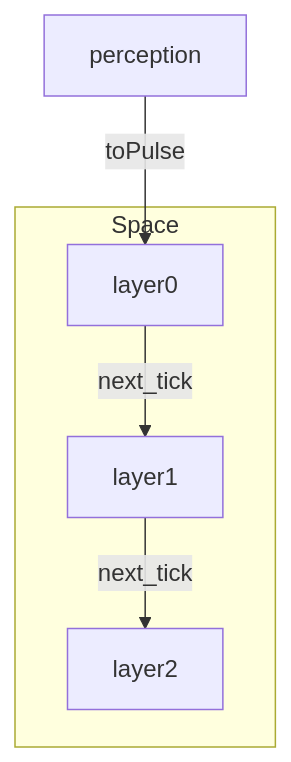
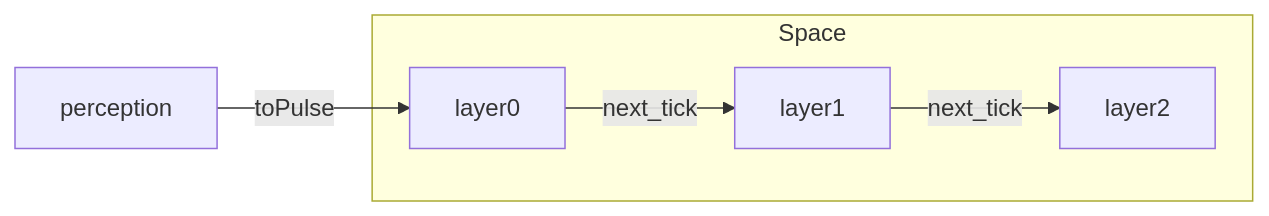
Before and after one commit to GES233/Glowworm: the first of 2 diagrams in example/agent/spikingnn.zh-Hans.md, drawn with Mermaid. The commit also changed other lines of this file and 2 other files, not shown here.

````diff
--- a/example/agent/spikingnn.zh-Hans.md
+++ b/example/agent/spikingnn.zh-Hans.md
@@ -170,7 +170,7 @@
 ```mermaid
-graph TB
+graph LR
 subgraph Space
    layer0 --next_tick--> layer1 --next_tick--> layer2
 end
 perception --toPulse--> layer0
 ```
````
